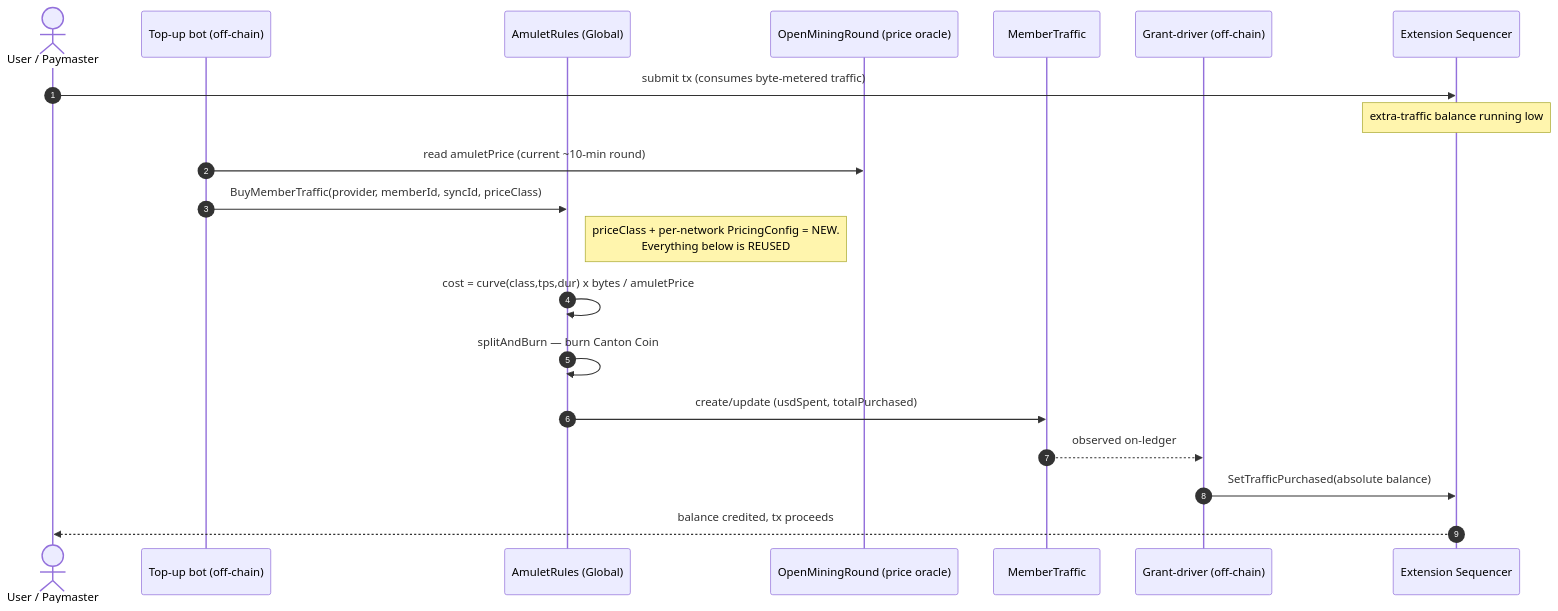
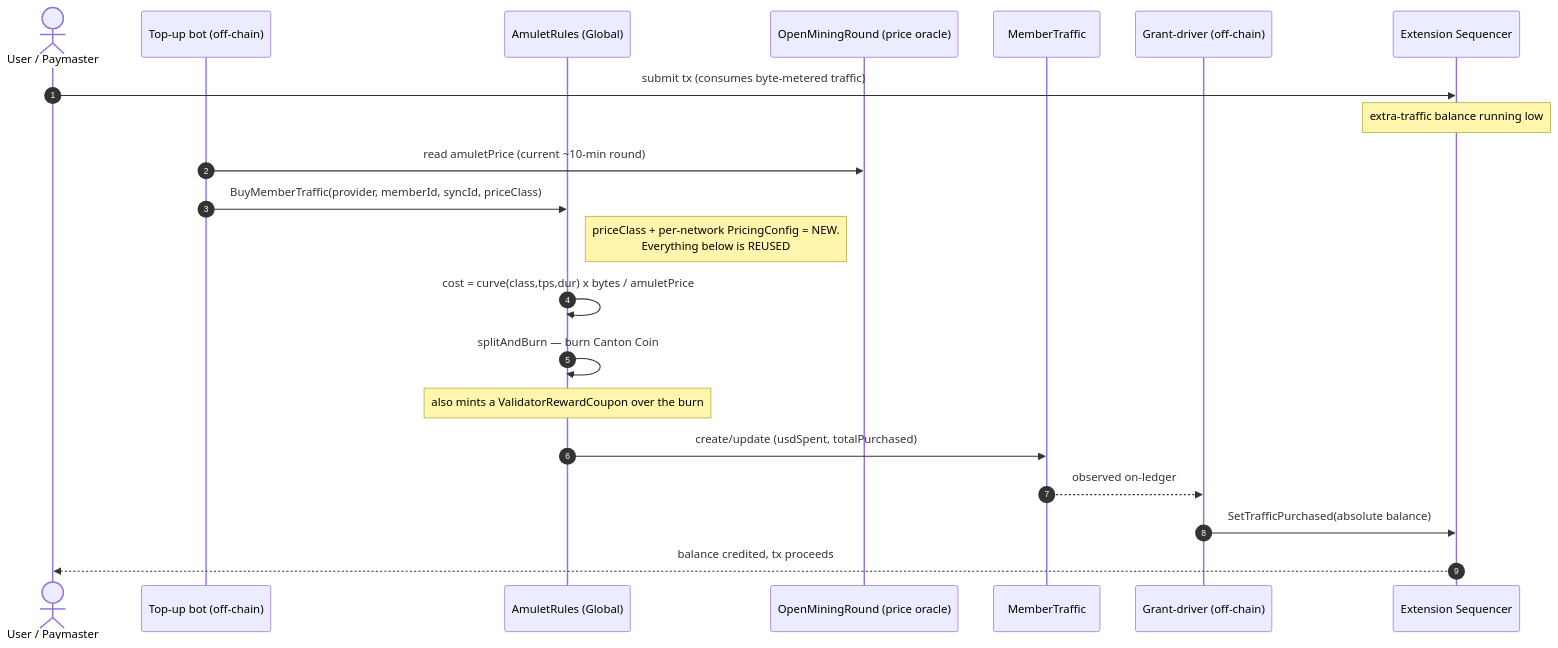
One commit to ChainSafe/canton-extending-mainnet changed the second of 5 diagrams in internal/CIP_EXTENDING_MAINNET_TECHNICAL_PLAN.md. Above: the diagram before and after it, drawn with Mermaid. The commit also changed other lines of this file and 2 other files, not shown here.

First line of the commit message:
internal docs: correct splitAndBurn reward-coupon behavior; align staking diagrams

````diff
--- a/internal/CIP_EXTENDING_MAINNET_TECHNICAL_PLAN.md
+++ b/internal/CIP_EXTENDING_MAINNET_TECHNICAL_PLAN.md
@@ -252,23 +252,24 @@
 ```mermaid
 sequenceDiagram
   autonumber
   actor U as User / Paymaster
   participant Bot as Top-up bot (off-chain)
   participant AR as AmuletRules (Global)
   participant OMR as OpenMiningRound (price oracle)
   participant MT as MemberTraffic
   participant GD as Grant-driver (off-chain)
   participant SEQ as Extension Sequencer
 
   U->>SEQ: submit tx (consumes byte-metered traffic)
   Note over SEQ: extra-traffic balance running low
   Bot->>OMR: read amuletPrice (current ~10-min round)
   Bot->>AR: BuyMemberTraffic(provider, memberId, syncId, priceClass)
   Note right of AR: priceClass + per-network PricingConfig = NEW.<br/>Everything below is REUSED
   AR->>AR: cost = curve(class,tps,dur) x bytes / amuletPrice
   AR->>AR: splitAndBurn — burn Canton Coin
+  Note over AR: also mints a ValidatorRewardCoupon over the burn
   AR->>MT: create/update (usdSpent, totalPurchased)
   MT-->>GD: observed on-ledger
   GD->>SEQ: SetTrafficPurchased(absolute balance)
   SEQ-->>U: balance credited, tx proceeds
 ```
````
